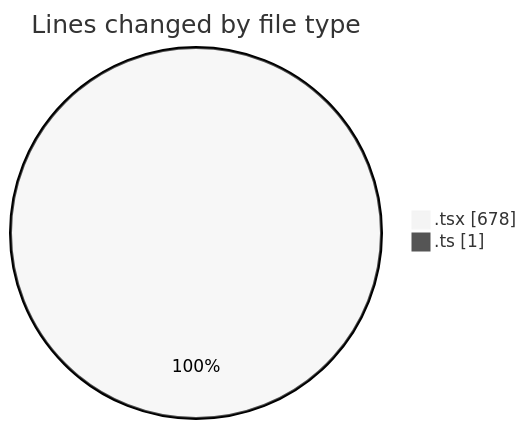
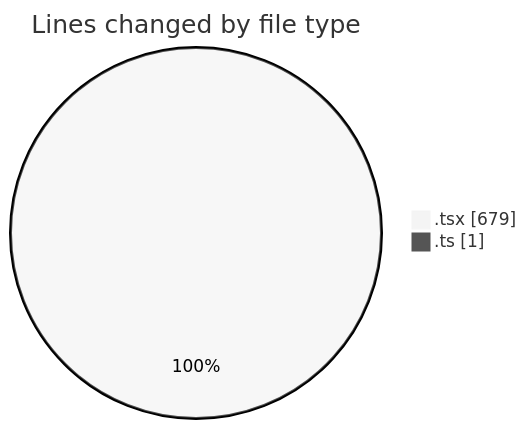
Before and after one commit to robertbonfada/code-tracking: the first of 2 diagrams in 2025-03-08/mbc-web/README.md, drawn with Mermaid (neutral theme). The commit also changed other lines of this file and 1 other file, not shown here.

````diff
--- a/2025-03-08/mbc-web/README.md
+++ b/2025-03-08/mbc-web/README.md
@@ -25,6 +25,6 @@
 ```mermaid
 pie showData
 title Lines changed by file type
-".tsx" : 678
+".tsx" : 679
 ".ts" : 1
 ```
````
